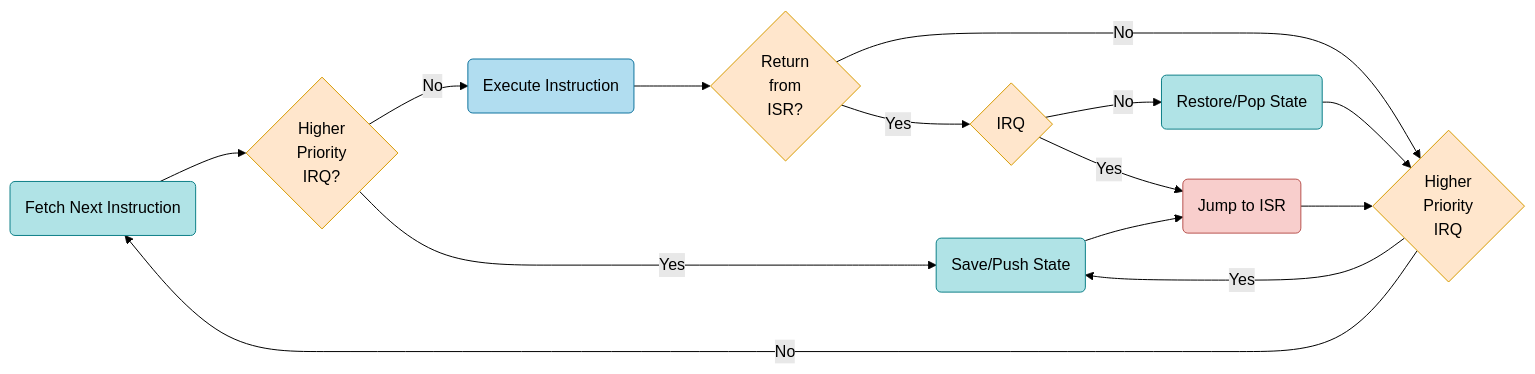
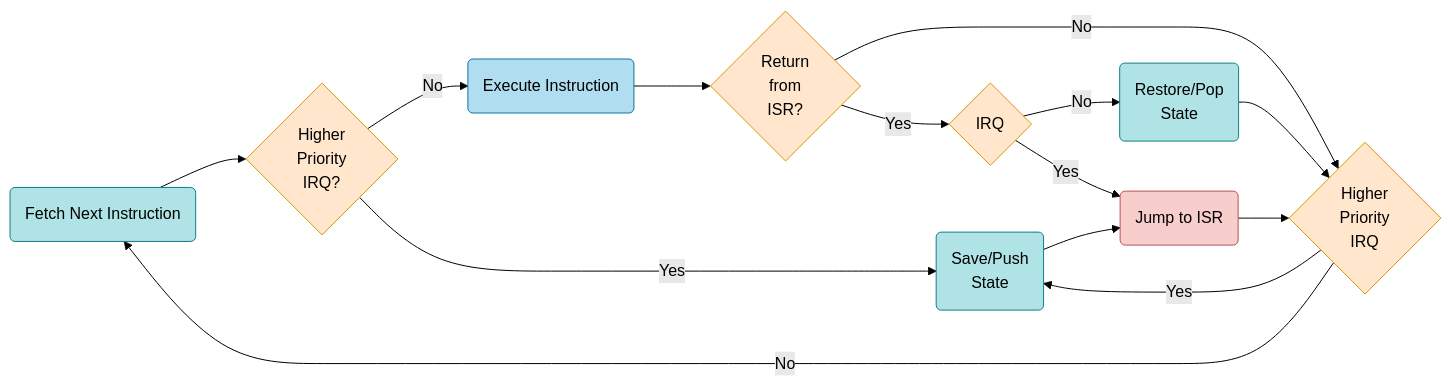
The second of 5 diagrams in slides/lectures/03/exceptions/slides.md (UPB-FILS-MA/upb-fils-ma.github.io), drawn with Mermaid (forest theme) before and after one commit. The commit also changed other lines of this file and 4 other files, not shown here.

````diff
--- a/slides/lectures/03/exceptions/slides.md
+++ b/slides/lectures/03/exceptions/slides.md
@@ -70,36 +80,38 @@
 ```mermaid
 flowchart LR
     F(Fetch Next Instruction) --> I{Higher
     Priority 
     IRQ?}
     I -- Yes --> S
     I -- No --> A
     A(Execute Instruction) --> R2{Return 
     from 
     ISR?}
     R2 -- Yes --> I2{IRQ}
     I2 -- Yes --> E
-    I2 -- No --> R(Restore/Pop State)
+    I2 -- No --> R(Restore/Pop
+    State)
     R2 -- No --> I3{Higher
     Priority
     IRQ
     }
     I3 -- Yes --> S
     I3 -- No --> F
     R --> I3
-    S(Save/Push State)
+    S(Save/Push 
+    State)
     S --> E(Jump to ISR)
     E --> I3
 
     classDef memory fill:#B0E3E6,stroke:#0E8088
     classDef instruction fill:#B1DDF0,stroke:#10739E
     classDef processor fill:#FFE6CC,stroke:#D79B00
     classDef exception fill:#F8CECC,stroke:#B85450
 
     class A instruction
     class F,R,S memory
     class B,V,S2,R2,I,I2,I3 processor
     class E exception
     class R3,F2 error
     class S3 start
 ```
````
